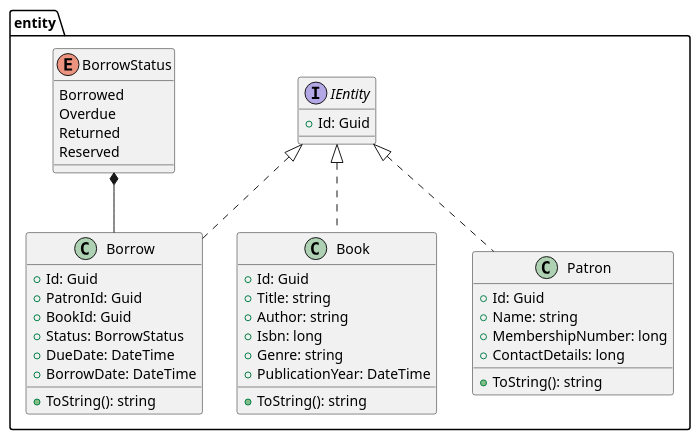
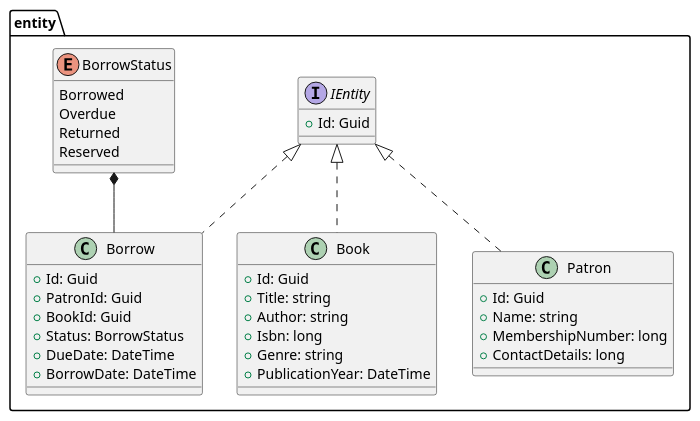
One commit to programacion-6/Opcion1LosBorbotones changed the diagram in system-design/class-diagram/domain/entity.puml. Above: the diagram before and after it, drawn with PlantUML. The commit also changed 9 other files, not shown here.

Commit message:
chore: updated uml

```diff
--- a/system-design/class-diagram/domain/entity.puml
+++ b/system-design/class-diagram/domain/entity.puml
@@ -1,47 +1,44 @@
 @startuml
 package entity {
 
     class Book {
         + Id: Guid
         + Title: string
         + Author: string
         + Isbn: long
         + Genre: string
         + PublicationYear: DateTime
-        + ToString(): string
     }
 
     class Patron {
         + Id: Guid
         + Name: string
         + MembershipNumber: long
         + ContactDetails: long
-        + ToString(): string
     }
 
     class Borrow {
         + Id: Guid
         + PatronId: Guid
         + BookId: Guid
         + Status: BorrowStatus
         + DueDate: DateTime
         + BorrowDate: DateTime
-        + ToString(): string
     }
 
     interface IEntity {
         + Id: Guid
     }
     IEntity <|.. Borrow
     IEntity <|.. Book
     IEntity <|.. Patron
 
     enum BorrowStatus {
         Borrowed
         Overdue
         Returned
         Reserved
     }
     BorrowStatus *-- Borrow
 }
 @enduml
```
